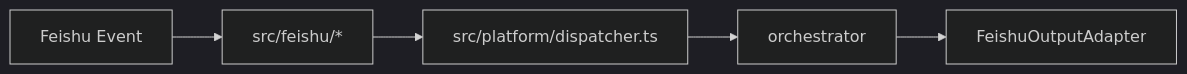
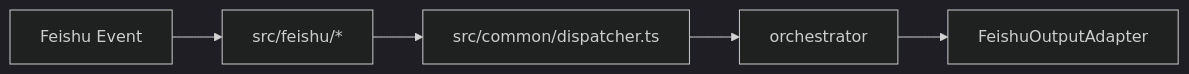
Before and after one commit to vzxxbacq/CollabVibe: the first of 2 diagrams in docs/00-overview/platform-feishu.md, drawn with Mermaid (dark theme). The commit also changed other lines of this file and 65 other files, not shown here.

````diff
--- a/docs/00-overview/platform-feishu.md
+++ b/docs/00-overview/platform-feishu.md
@@ -21,7 +21,7 @@
 ```mermaid
 flowchart LR
   A[Feishu Event] --> B[src/feishu/*]
-  B --> C[src/platform/dispatcher.ts]
+  B --> C[src/common/dispatcher.ts]
   C --> D[orchestrator]
   D --> E[FeishuOutputAdapter]
 ```
````
